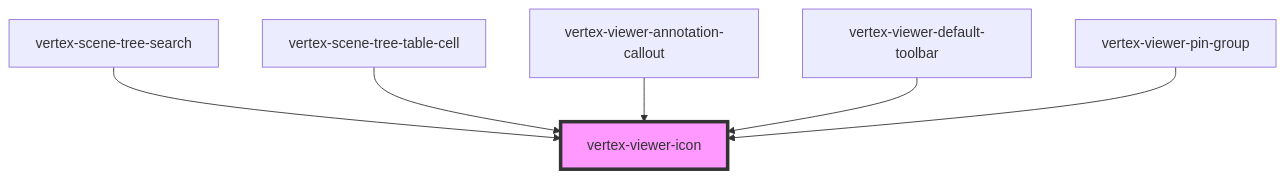
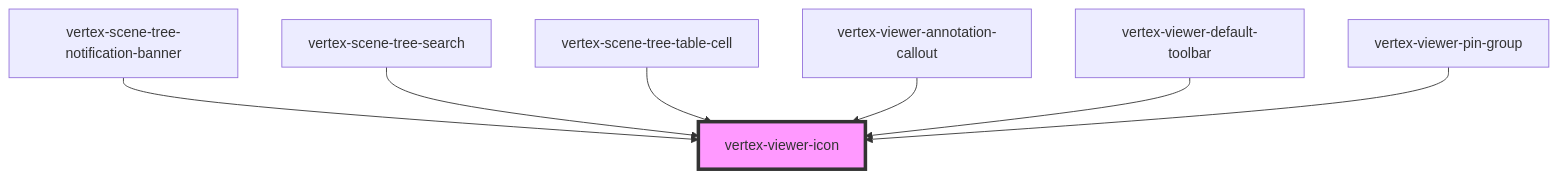
Before and after one commit to Vertexvis/vertex-web-sdk: the diagram in packages/viewer/src/components/viewer-icon/readme.md, drawn with Mermaid. The commit also changed other lines of this file and 13 other files, not shown here.

````diff
--- a/packages/viewer/src/components/viewer-icon/readme.md
+++ b/packages/viewer/src/components/viewer-icon/readme.md
@@ -66,9 +67,10 @@
 ```mermaid
 graph TD;
+  vertex-scene-tree-notification-banner --> vertex-viewer-icon
   vertex-scene-tree-search --> vertex-viewer-icon
   vertex-scene-tree-table-cell --> vertex-viewer-icon
   vertex-viewer-annotation-callout --> vertex-viewer-icon
   vertex-viewer-default-toolbar --> vertex-viewer-icon
   vertex-viewer-pin-group --> vertex-viewer-icon
   style vertex-viewer-icon fill:#f9f,stroke:#333,stroke-width:4px
 ```
````
